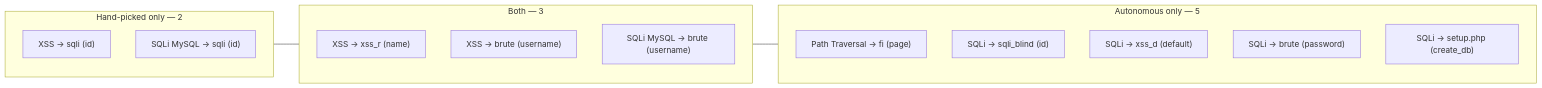
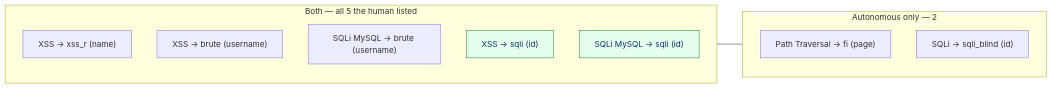
Before and after one commit to CodyYang2016/Dast-Scanning-Tool: the third of 6 diagrams in docs/deterministic_vs_llm_discovery.md, drawn with Mermaid. The commit also changed other lines of this file and 2 other files, not shown here.

````diff
--- a/docs/deterministic_vs_llm_discovery.md
+++ b/docs/deterministic_vs_llm_discovery.md
@@ -112,20 +114,17 @@
 ```mermaid
 flowchart LR
-  subgraph H["Hand-picked only — 2"]
-    H1["XSS → sqli (id)"]
-    H2["SQLi MySQL → sqli (id)"]
-  end
-  subgraph B["Both — 3"]
+  subgraph B["Both — all 5 the human listed"]
     B1["XSS → xss_r (name)"]
     B2["XSS → brute (username)"]
     B3["SQLi MySQL → brute (username)"]
+    B4["XSS → sqli (id)"]
+    B5["SQLi MySQL → sqli (id)"]
   end
-  subgraph A["Autonomous only — 5"]
+  subgraph A["Autonomous only — 2"]
     A1["Path Traversal → fi (page)"]
     A2["SQLi → sqli_blind (id)"]
-    A3["SQLi → xss_d (default)"]
-    A4["SQLi → brute (password)"]
-    A5["SQLi → setup.php (create_db)"]
   end
-  H --- B --- A
+  B --- A
+  classDef won fill:#e6ffec,stroke:#1a7f37,color:#0a3069
+  class B4,B5 won
 ```
````
